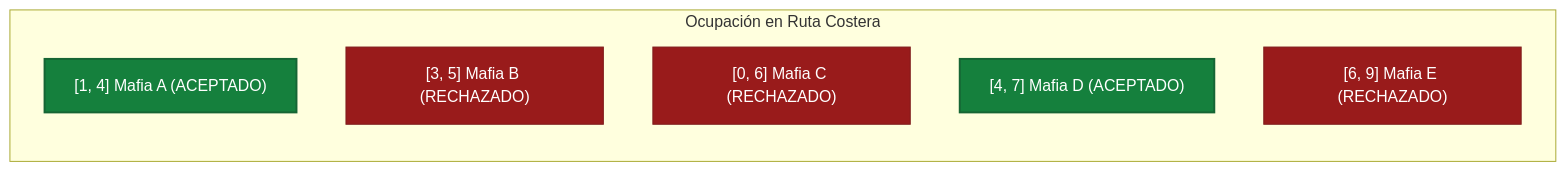
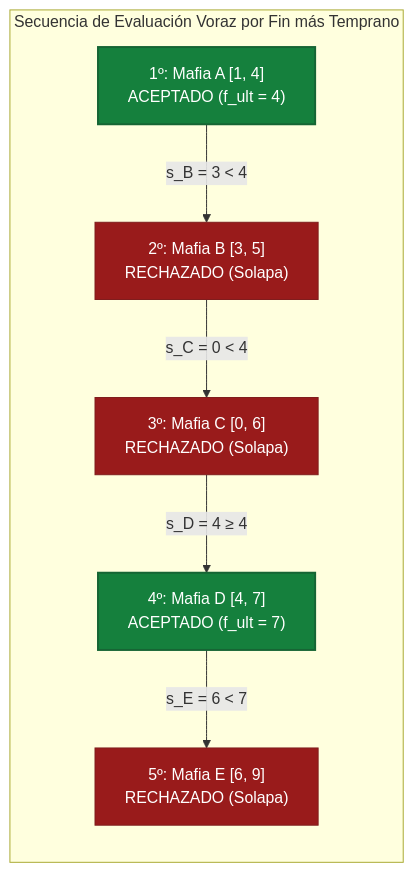
The fifth of 42 diagrams in guia_tda_parciales.md (nbrian96/tda-2C2026-material), drawn with Mermaid before and after one commit. The commit also changed other lines of this file and 23 other files, not shown here.

Commit message:
feat(auditoria): mejoras integrales de UX/UI, textos, formulas KaTeX y diagramas Mermaid

````diff
--- a/guia_tda_parciales.md
+++ b/guia_tda_parciales.md
@@ -691,12 +687,11 @@
 ```mermaid
-graph LR
-    subgraph Ruta [Ocupación en Ruta Costera]
-        A["[1, 4] Mafia A (ACEPTADO)"]:::opt
-        B["[3, 5] Mafia B (RECHAZADO)"]:::bad
-        C["[0, 6] Mafia C (RECHAZADO)"]:::bad
-        D["[4, 7] Mafia D (ACEPTADO)"]:::opt
-        E["[6, 9] Mafia E (RECHAZADO)"]:::bad
+flowchart LR
+    subgraph Ruta [Secuencia de Evaluación Voraz por Fin más Temprano]
+        A["1º: Mafia A [1, 4]<br/>ACEPTADO (f_ult = 4)"]:::opt -->|s_B = 3 &lt; 4| B["2º: Mafia B [3, 5]<br/>RECHAZADO (Solapa)"]:::bad
+        B -->|s_C = 0 &lt; 4| C["3º: Mafia C [0, 6]<br/>RECHAZADO (Solapa)"]:::bad
+        C -->|s_D = 4 &ge; 4| D["4º: Mafia D [4, 7]<br/>ACEPTADO (f_ult = 7)"]:::opt
+        D -->|s_E = 6 &lt; 7| E["5º: Mafia E [6, 9]<br/>RECHAZADO (Solapa)"]:::bad
     end
     classDef opt fill:#15803d,stroke:#166534,stroke-width:2px,color:#fff
     classDef bad fill:#991b1b,stroke:#7f1d1d,stroke-width:1px,color:#fff
 ```
````
